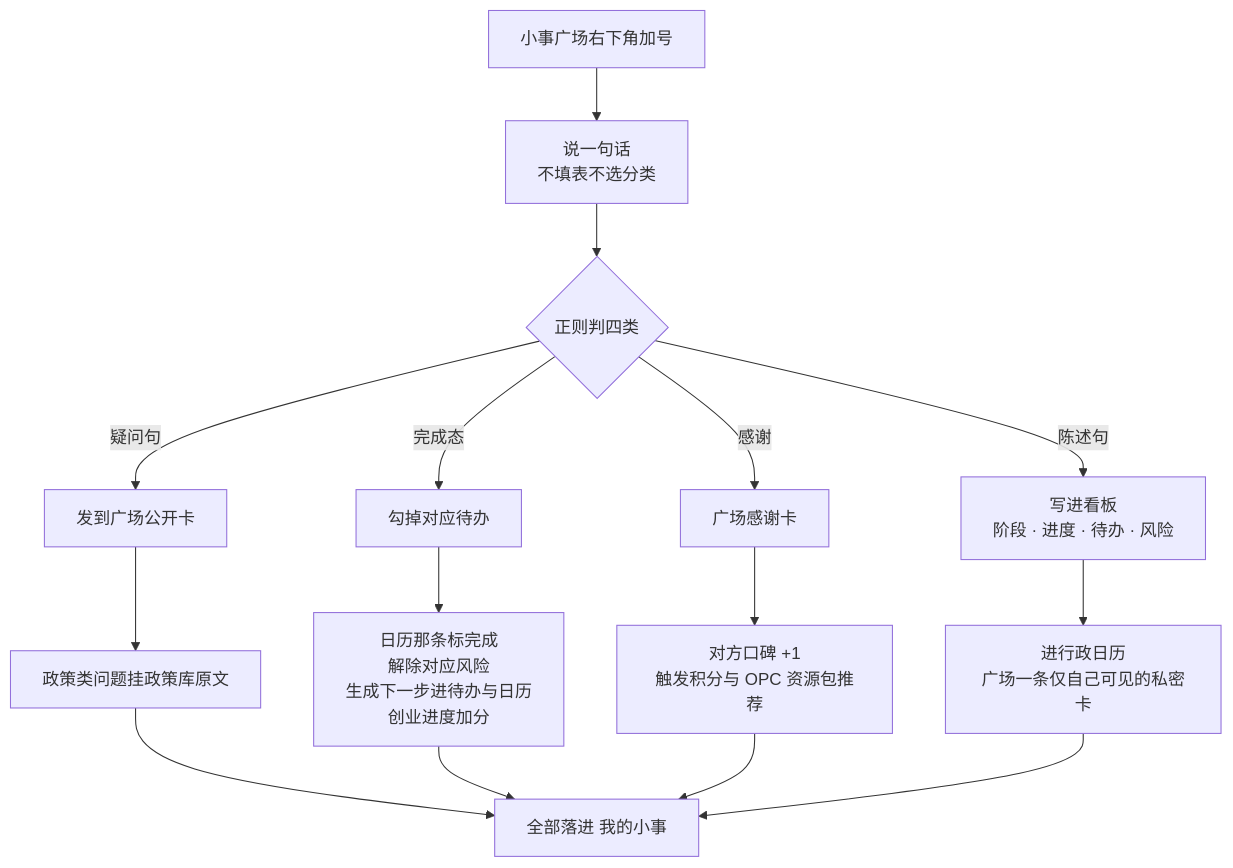
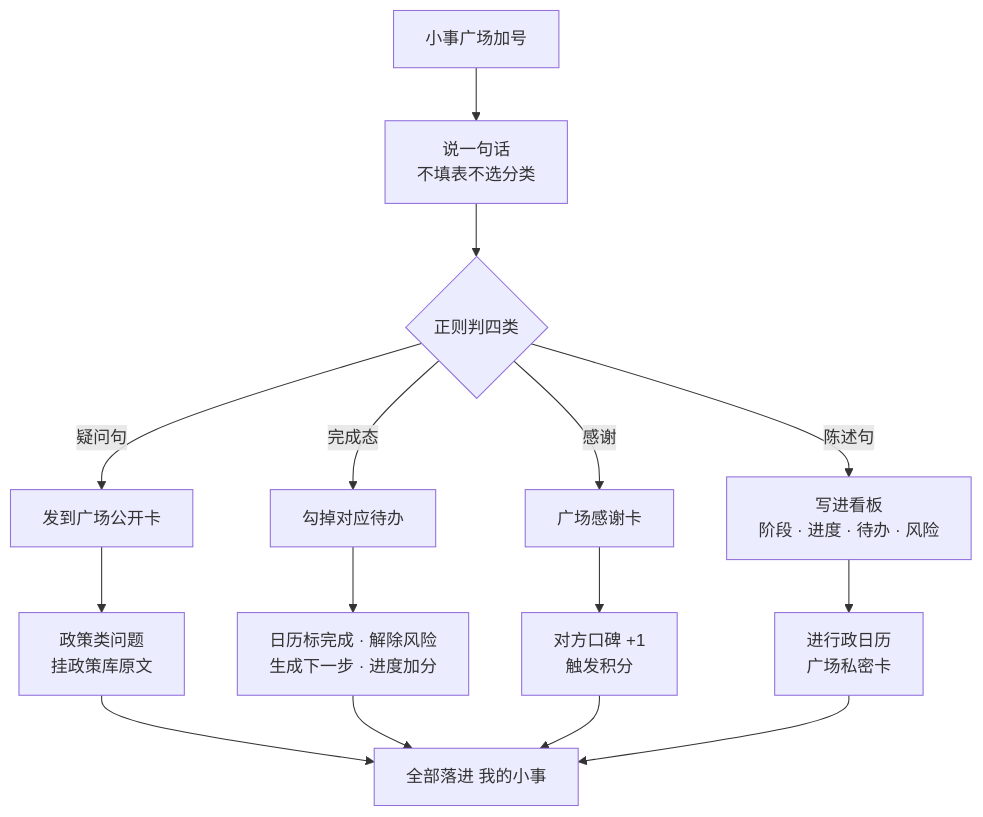
The ninth of 11 diagrams in docs/shenicest-北辰-创业搭子-产品方案文档-Claude-2026-08-29.md (0xmandy/shenicest-beichen-chuangyedazi), drawn with Mermaid before and after one commit. The commit also changed other lines of this file and 4 other files, not shown here.

First line of the commit message:
docs: 产品方案文档出图与出 docx 两个脚本立文，README 补条目

````diff
--- a/docs/shenicest-北辰-创业搭子-产品方案文档-Claude-2026-08-29.md
+++ b/docs/shenicest-北辰-创业搭子-产品方案文档-Claude-2026-08-29.md
@@ -369,17 +353,17 @@
 ```mermaid
 flowchart TD
-    K0["小事广场右下角加号"] --> K1["说一句话<br/>不填表不选分类"]
+    K0["小事广场加号"] --> K1["说一句话<br/>不填表不选分类"]
     K1 --> K2{"正则判四类"}
     K2 -- "疑问句" --> L1["发到广场公开卡"]
-    L1 --> L1a["政策类问题挂政策库原文"]
+    L1 --> L1a["政策类问题<br/>挂政策库原文"]
     K2 -- "完成态" --> L2["勾掉对应待办"]
-    L2 --> L2a["日历那条标完成<br/>解除对应风险<br/>生成下一步进待办与日历<br/>创业进度加分"]
+    L2 --> L2a["日历标完成 · 解除风险<br/>生成下一步 · 进度加分"]
     K2 -- "感谢" --> L3["广场感谢卡"]
-    L3 --> L3a["对方口碑 +1<br/>触发积分与 OPC 资源包推荐"]
+    L3 --> L3a["对方口碑 +1<br/>触发积分"]
     K2 -- "陈述句" --> L4["写进看板<br/>阶段 · 进度 · 待办 · 风险"]
-    L4 --> L4a["进行政日历<br/>广场一条仅自己可见的私密卡"]
+    L4 --> L4a["进行政日历<br/>广场私密卡"]
     L1a --> M1["全部落进 我的小事"]
     L2a --> M1
     L3a --> M1
     L4a --> M1
 ```
````
